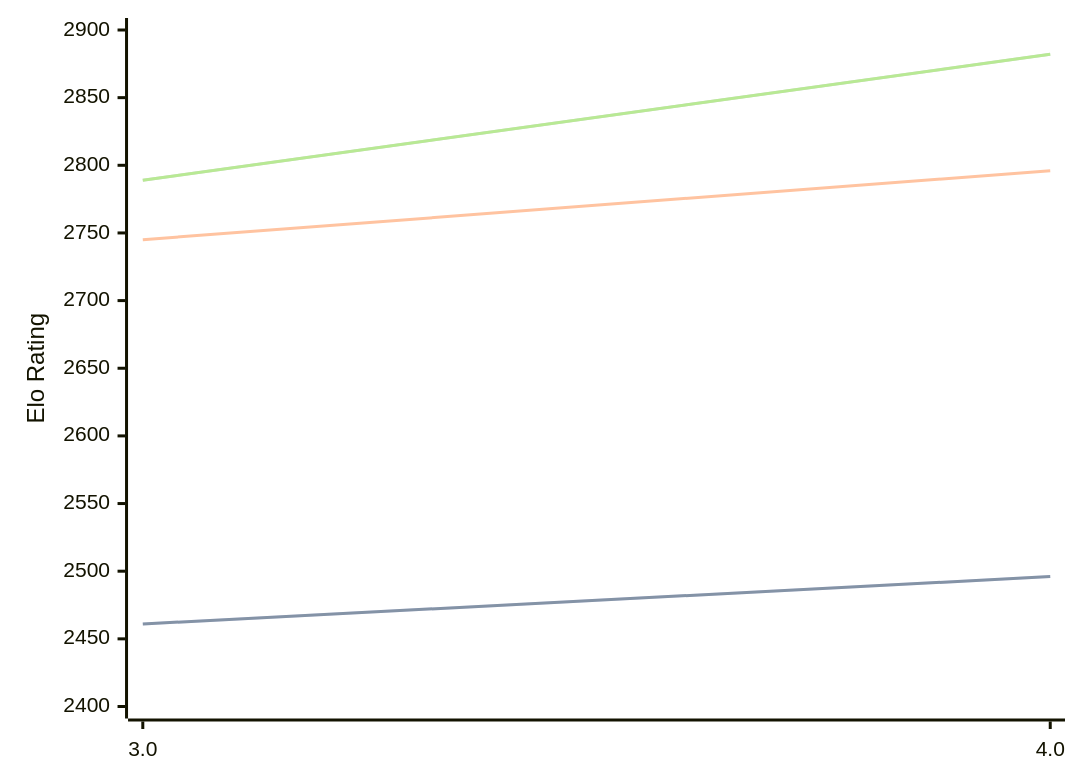
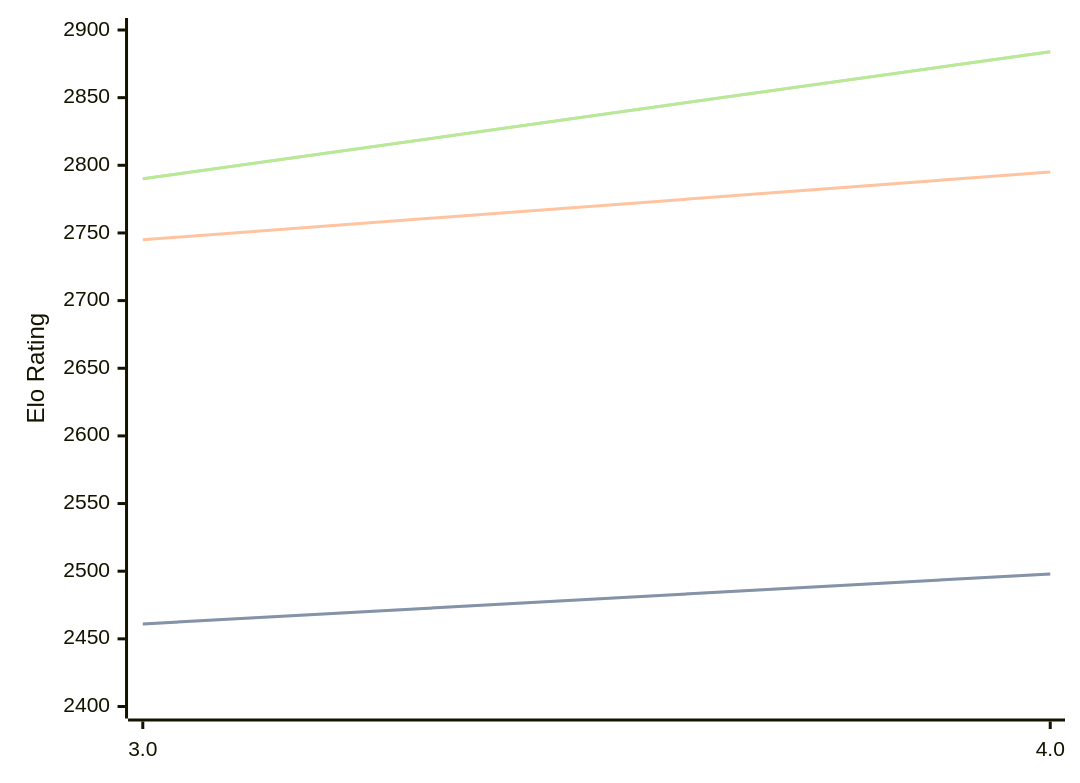
Before and after one commit to computer-chess-index/cci: the third of 3 diagrams in engines/Chess3.md, drawn with Mermaid. The commit also changed other lines of this file, not shown here.

Commit message:
Update CCI Ratings (ELO VLTC) - 2026-07-02

````diff
--- a/engines/Chess3.md
+++ b/engines/Chess3.md
@@ -67,11 +67,11 @@
 ```mermaid
 %%{init: {"theme":"base","themeVariables":{"seriesColors:['#a3a3a3','#222221','#faa371']}}}%%
 xychart-beta
   x-axis ["3.0", "4.0"]
   y-axis "Elo Rating" 2400 --> 2900
-  line "STC (8.0+0.08s)" [2461, 2496]
-  line "STC (8.0+0.08s)" [2461, 2496]
-  line "LTC (60.0+0.60s)" [2745, 2796]
-  line "VLTC (2m24s+1.12s)" [2789, 2882]
-  line "VLTC (2m24s+1.12s)" [2789, 2882]
+  line "STC (8.0+0.08s)" [2461, 2498]
+  line "STC (8.0+0.08s)" [2461, 2498]
+  line "LTC (60.0+0.60s)" [2745, 2795]
+  line "VLTC (2m24s+1.12s)" [2790, 2884]
+  line "VLTC (2m24s+1.12s)" [2790, 2884]
 ```
````
